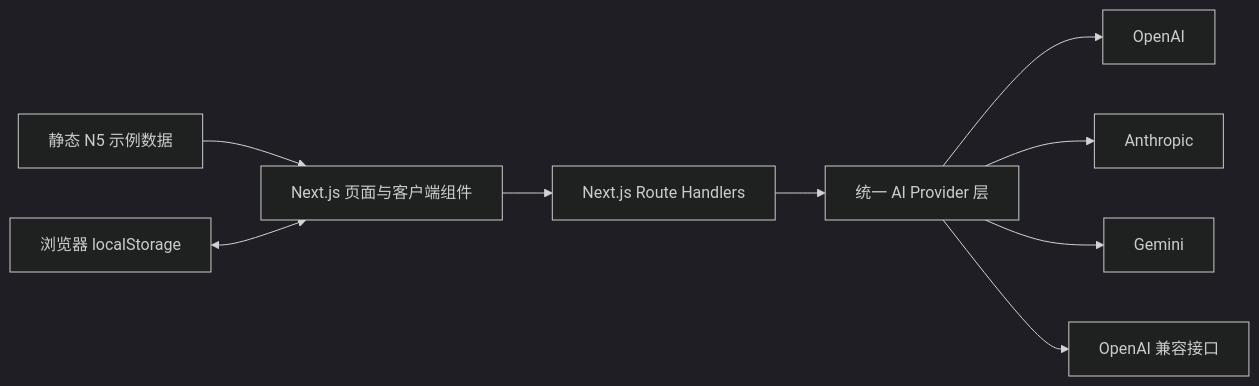
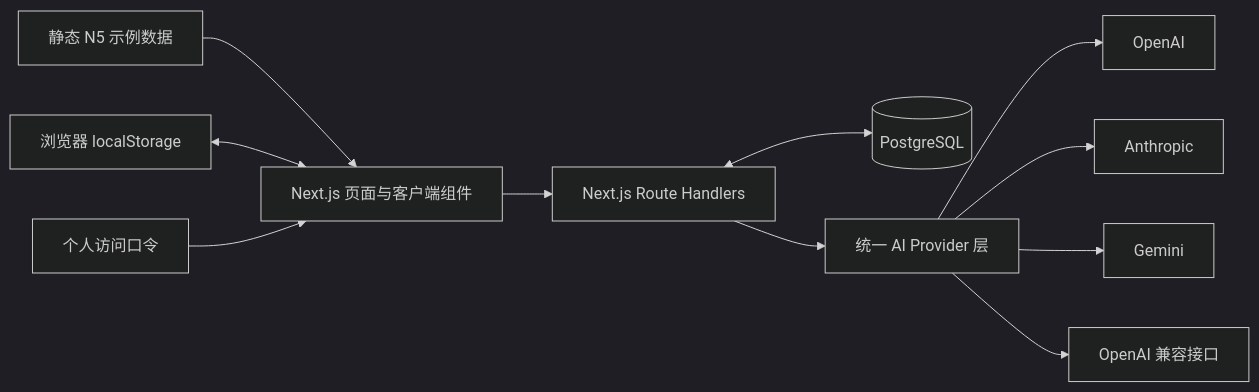
Before and after one commit to tomcat-cv/language-learning: the first of 2 diagrams in PROJECT.md, drawn with Mermaid (dark theme). The commit also changed other lines of this file and 39 other files, not shown here.

Commit message:
feat: harden personal alpha learning flow

````diff
--- a/PROJECT.md
+++ b/PROJECT.md
@@ -324,21 +324,25 @@
 ```mermaid
 flowchart LR
     UI["Next.js 页面与客户端组件"]
     LS["浏览器 localStorage"]
+    ACCESS["个人访问口令"]
     API["Next.js Route Handlers"]
+    DB[("PostgreSQL")]
     PA["统一 AI Provider 层"]
     OA["OpenAI"]
     AN["Anthropic"]
     GE["Gemini"]
     CO["OpenAI 兼容接口"]
     DATA["静态 N5 示例数据"]
 
     DATA --> UI
     LS <--> UI
+    ACCESS --> UI
     UI --> API
+    API <--> DB
     API --> PA
     PA --> OA
     PA --> AN
     PA --> GE
     PA --> CO
 ```
````
